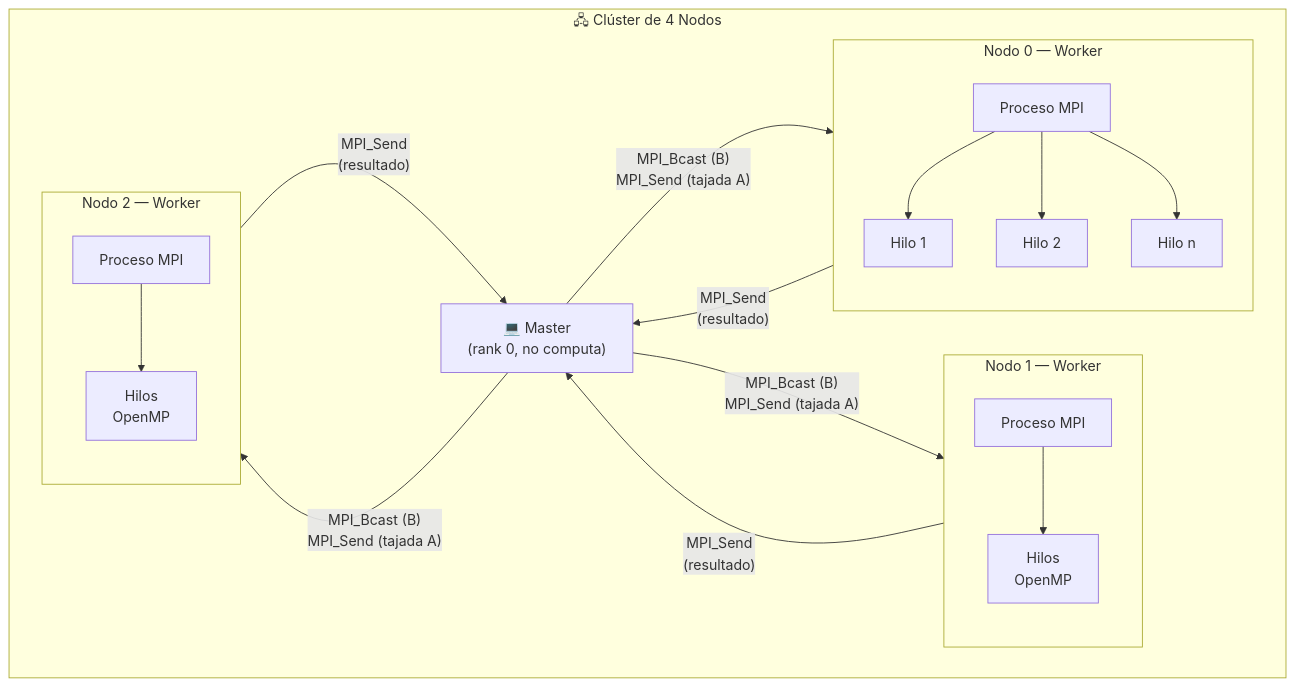
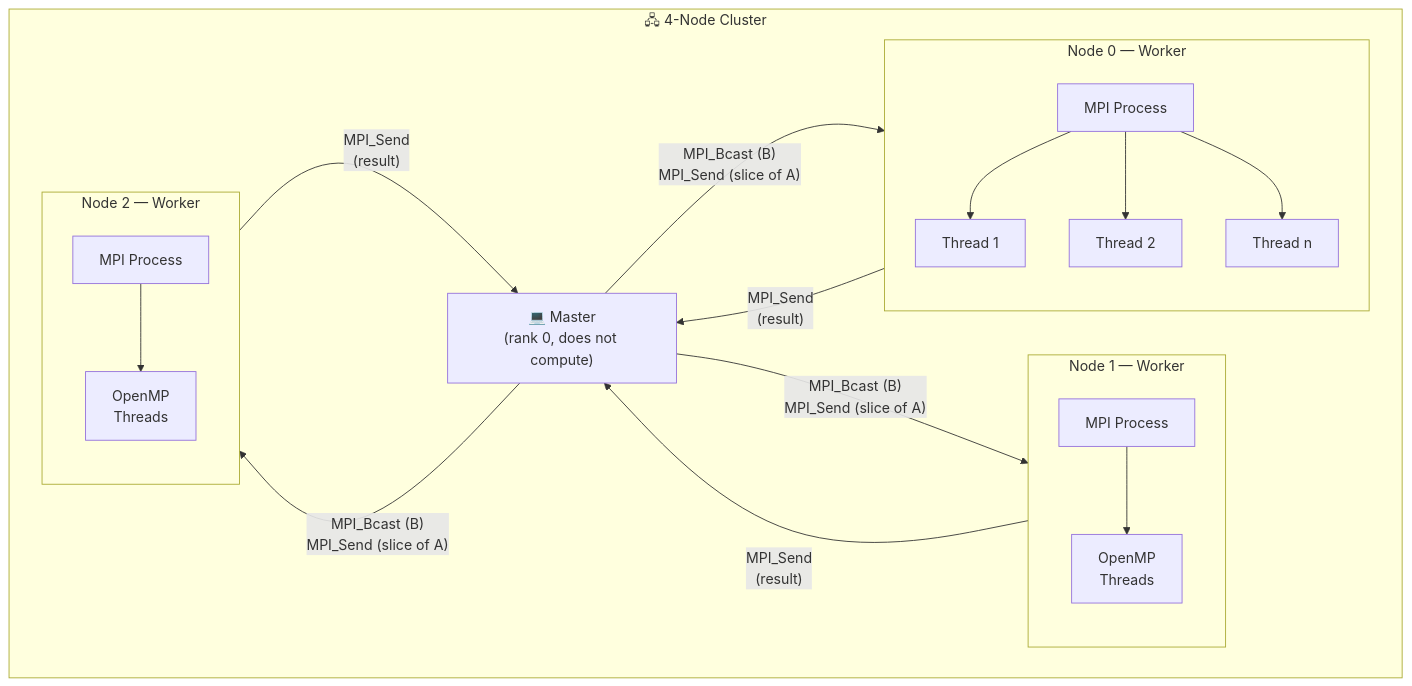
One commit to CarefreeHarp/DistributedSystems changed the first of 3 diagrams in MPI&OpenMP-PerformanceStudy/README.md. Above: the diagram before and after it, drawn with Mermaid. The commit also changed other lines of this file and 3 other files, not shown here.

````diff
--- a/MPI&OpenMP-PerformanceStudy/README.md
+++ b/MPI&OpenMP-PerformanceStudy/README.md
@@ -7,30 +7,30 @@
 ```mermaid
 graph TD
-    subgraph Cluster["🖧 Clúster de 4 Nodos"]
-        Master["💻 Master\n(rank 0, no computa)"]
-        subgraph W1["Nodo 0 — Worker"]
-            P1["Proceso MPI"]
-            T1a["Hilo 1"] 
-            T1b["Hilo 2"]
-            T1c["Hilo n"]
+    subgraph Cluster["🖧 4-Node Cluster"]
+        Master["💻 Master\n(rank 0, does not compute)"]
+        subgraph W1["Node 0 — Worker"]
+            P1["MPI Process"]
+            T1a["Thread 1"] 
+            T1b["Thread 2"]
+            T1c["Thread n"]
             P1 --> T1a & T1b & T1c
         end
-        subgraph W2["Nodo 1 — Worker"]
-            P2["Proceso MPI"]
-            T2a["Hilos\nOpenMP"]
+        subgraph W2["Node 1 — Worker"]
+            P2["MPI Process"]
+            T2a["OpenMP\nThreads"]
             P2 --> T2a
         end
-        subgraph W3["Nodo 2 — Worker"]
-            P3["Proceso MPI"]
-            T3a["Hilos\nOpenMP"]
+        subgraph W3["Node 2 — Worker"]
+            P3["MPI Process"]
+            T3a["OpenMP\nThreads"]
             P3 --> T3a
         end
     end
 
-    Master -->|"MPI_Bcast (B)\nMPI_Send (tajada A)"| W1
-    Master -->|"MPI_Bcast (B)\nMPI_Send (tajada A)"| W2
-    Master -->|"MPI_Bcast (B)\nMPI_Send (tajada A)"| W3
-    W1 -->|"MPI_Send\n(resultado)"| Master
-    W2 -->|"MPI_Send\n(resultado)"| Master
-    W3 -->|"MPI_Send\n(resultado)"| Master
+    Master -->|"MPI_Bcast (B)\nMPI_Send (slice of A)"| W1
+    Master -->|"MPI_Bcast (B)\nMPI_Send (slice of A)"| W2
+    Master -->|"MPI_Bcast (B)\nMPI_Send (slice of A)"| W3
+    W1 -->|"MPI_Send\n(result)"| Master
+    W2 -->|"MPI_Send\n(result)"| Master
+    W3 -->|"MPI_Send\n(result)"| Master
 ```
````
